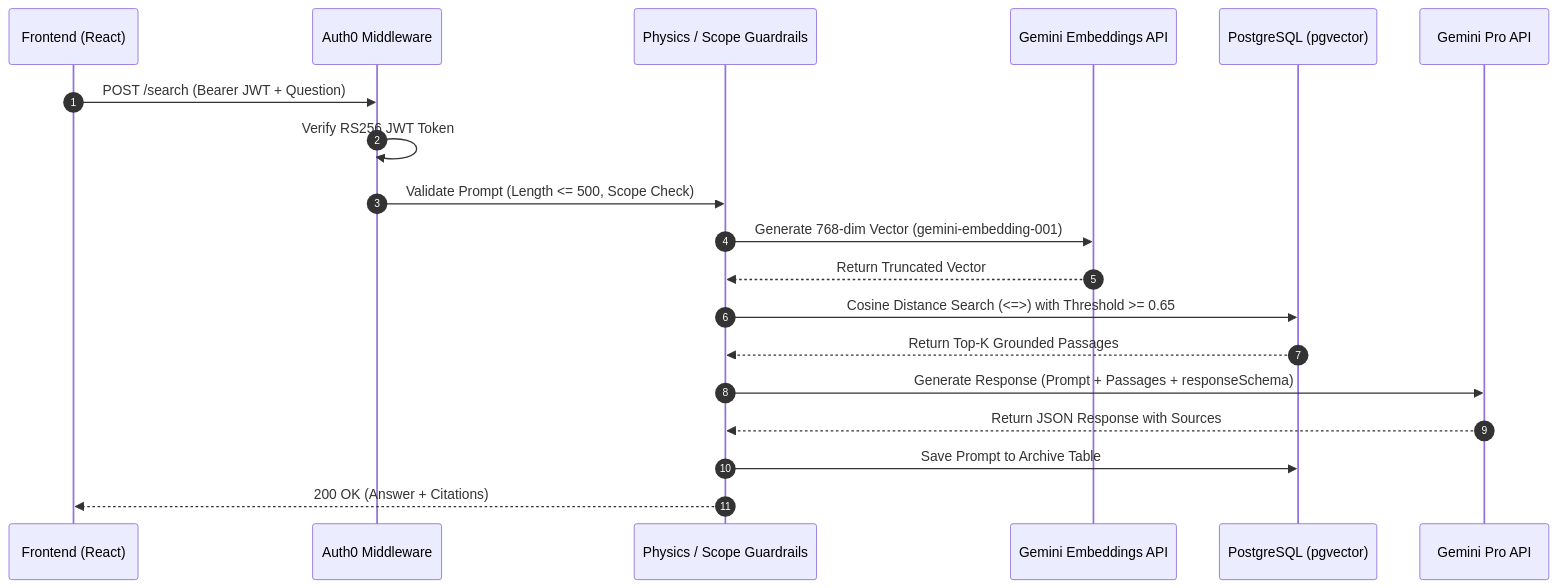
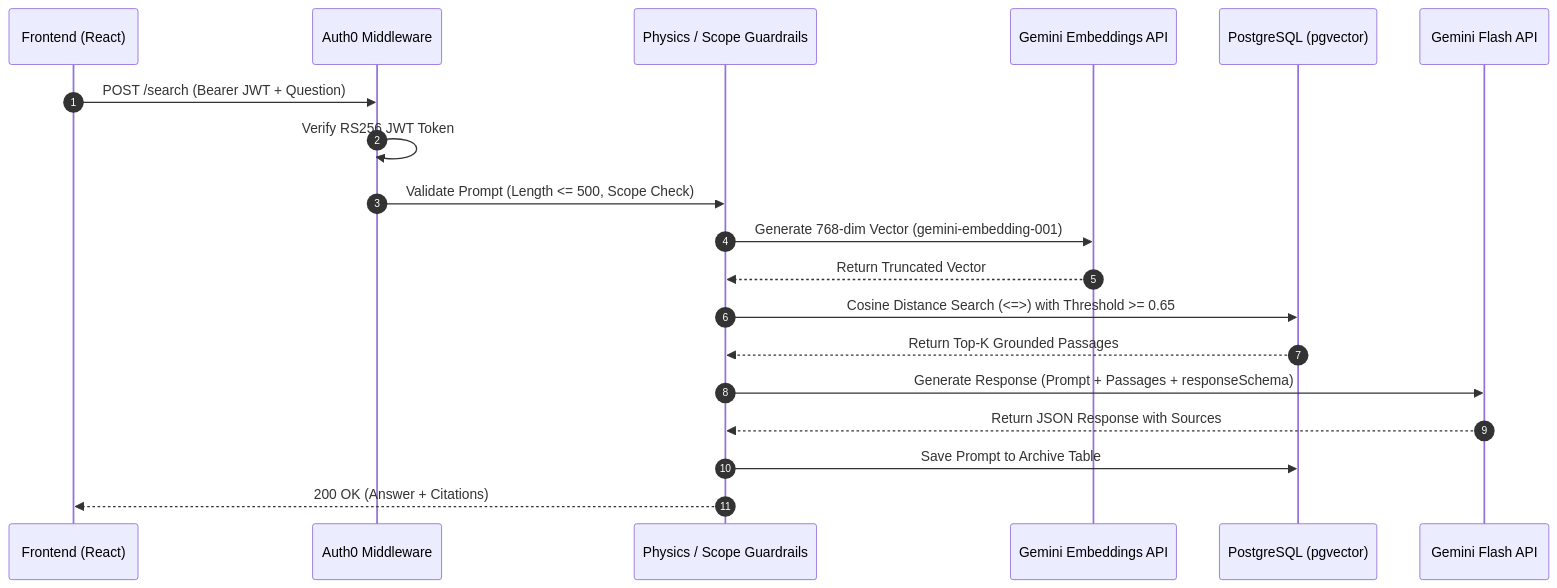
The second of 3 diagrams in README.md (DevInIndia/AMURoboclub-NSD-Hackathon), drawn with Mermaid before and after one commit. The commit also changed other lines of this file, not shown here.

````diff
--- a/README.md
+++ b/README.md
@@ -106,22 +106,22 @@
 ```mermaid
 sequenceDiagram
     autonumber
     participant Client as Frontend (React)
     participant Auth as Auth0 Middleware
     participant Guard as Physics / Scope Guardrails
     participant Embed as Gemini Embeddings API
     participant PG as PostgreSQL (pgvector)
-    participant LLM as Gemini Pro API
+    participant LLM as Gemini Flash API
 
     Client->>Auth: POST /search (Bearer JWT + Question)
     Auth->>Auth: Verify RS256 JWT Token
     Auth->>Guard: Validate Prompt (Length <= 500, Scope Check)
     Guard->>Embed: Generate 768-dim Vector (gemini-embedding-001)
     Embed-->>Guard: Return Truncated Vector
     Guard->>PG: Cosine Distance Search (<=>) with Threshold >= 0.65
     PG-->>Guard: Return Top-K Grounded Passages
     Guard->>LLM: Generate Response (Prompt + Passages + responseSchema)
     LLM-->>Guard: Return JSON Response with Sources
     Guard->>PG: Save Prompt to Archive Table
     Guard-->>Client: 200 OK (Answer + Citations)
 ```
````
